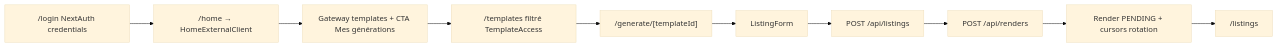
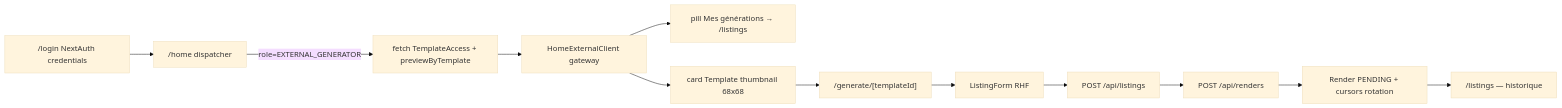
The diagram in .claude/workflows/external-generator-flow.md (Shaplow/Toolbox-immo), drawn with Mermaid (base theme) before and after one commit. The commit also changed other lines of this file and 9 other files, not shown here.

````diff
--- a/.claude/workflows/external-generator-flow.md
+++ b/.claude/workflows/external-generator-flow.md
@@ -14,12 +17,14 @@
 ```mermaid
 flowchart LR
-  Login["/login NextAuth credentials"] --> Home["/home → HomeExternalClient"]
-  Home --> Gateway[Gateway templates + CTA Mes générations]
-  Gateway --> Templates["/templates filtré TemplateAccess"]
-  Templates --> Generate["/generate/[templateId]"]
-  Generate --> Form[ListingForm]
+  Login["/login NextAuth credentials"] --> Dispatcher["/home dispatcher"]
+  Dispatcher -->|role=EXTERNAL_GENERATOR| Fetch[fetch TemplateAccess + previewByTemplate]
+  Fetch --> Home[HomeExternalClient gateway]
+  Home --> CTA["pill Mes générations → /listings"]
+  Home --> Card["card Template thumbnail 68x68"]
+  Card --> Generate["/generate/[templateId]"]
+  Generate --> Form[ListingForm RHF]
   Form --> CreateListing["POST /api/listings"]
   CreateListing --> CreateRender["POST /api/renders"]
   CreateRender --> Pipeline[Render PENDING + cursors rotation]
-  Pipeline --> Listings["/listings"]
+  Pipeline --> Listings["/listings — historique"]
 ```
````
